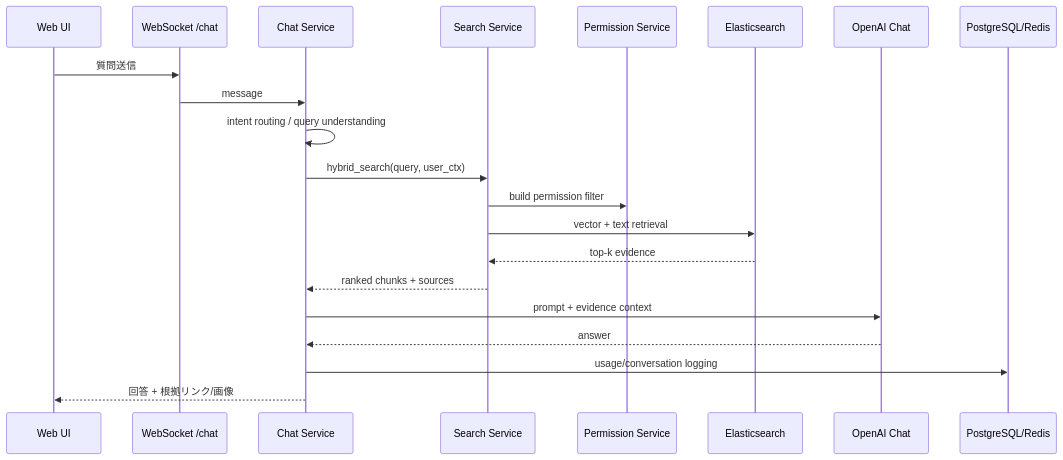
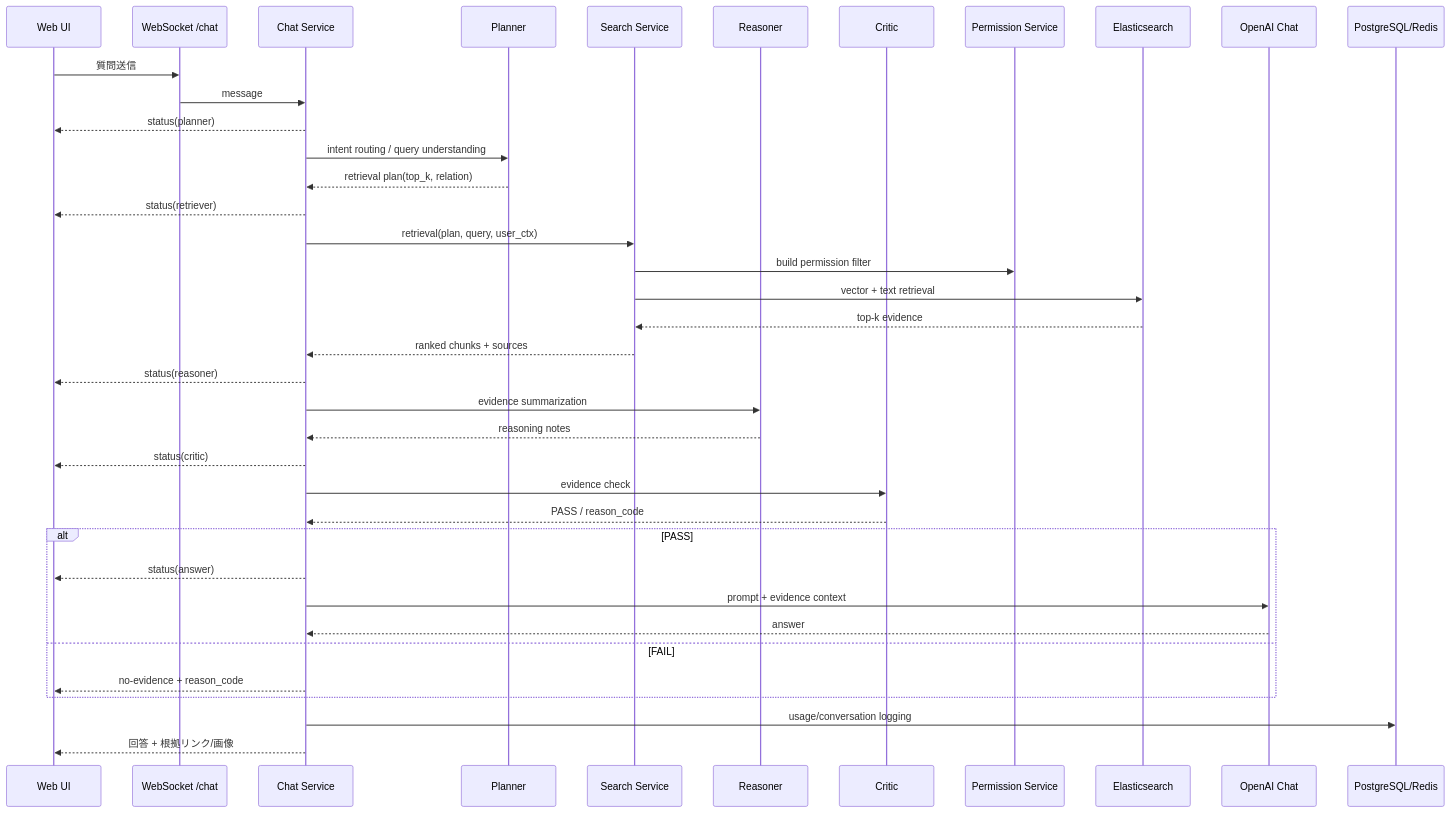
The third of 4 diagrams in README_ja.md (tiand23/AIKnowledgeBaseNew), drawn with Mermaid before and after one commit. The commit also changed other lines of this file and 16 other files, not shown here.

First line of the commit message:
feat: add LangGraph QA orchestration, user-visible JP status stream, Critic reason codes, and README flow docs

````diff
--- a/README_ja.md
+++ b/README_ja.md
@@ -110,24 +110,41 @@
 ```mermaid
 sequenceDiagram
     participant UI as Web UI
     participant WS as WebSocket /chat
     participant Chat as Chat Service
+    participant Planner as Planner
     participant Search as Search Service
+    participant Reasoner as Reasoner
+    participant Critic as Critic
     participant ACL as Permission Service
     participant ES as Elasticsearch
     participant OpenAI as OpenAI Chat
     participant DB as PostgreSQL/Redis
 
     UI->>WS: 質問送信
     WS->>Chat: message
-    Chat->>Chat: intent routing / query understanding
-    Chat->>Search: hybrid_search(query, user_ctx)
+    Chat-->>UI: status(planner)
+    Chat->>Planner: intent routing / query understanding
+    Planner-->>Chat: retrieval plan(top_k, relation)
+    Chat-->>UI: status(retriever)
+    Chat->>Search: retrieval(plan, query, user_ctx)
     Search->>ACL: build permission filter
     Search->>ES: vector + text retrieval
     ES-->>Search: top-k evidence
     Search-->>Chat: ranked chunks + sources
-    Chat->>OpenAI: prompt + evidence context
-    OpenAI-->>Chat: answer
+    Chat-->>UI: status(reasoner)
+    Chat->>Reasoner: evidence summarization
+    Reasoner-->>Chat: reasoning notes
+    Chat-->>UI: status(critic)
+    Chat->>Critic: evidence check
+    Critic-->>Chat: PASS / reason_code
+    alt PASS
+        Chat-->>UI: status(answer)
+        Chat->>OpenAI: prompt + evidence context
+        OpenAI-->>Chat: answer
+    else FAIL
+        Chat-->>UI: no-evidence + reason_code
+    end
     Chat->>DB: usage/conversation logging
     Chat-->>UI: 回答 + 根拠リンク/画像
 ```
````
